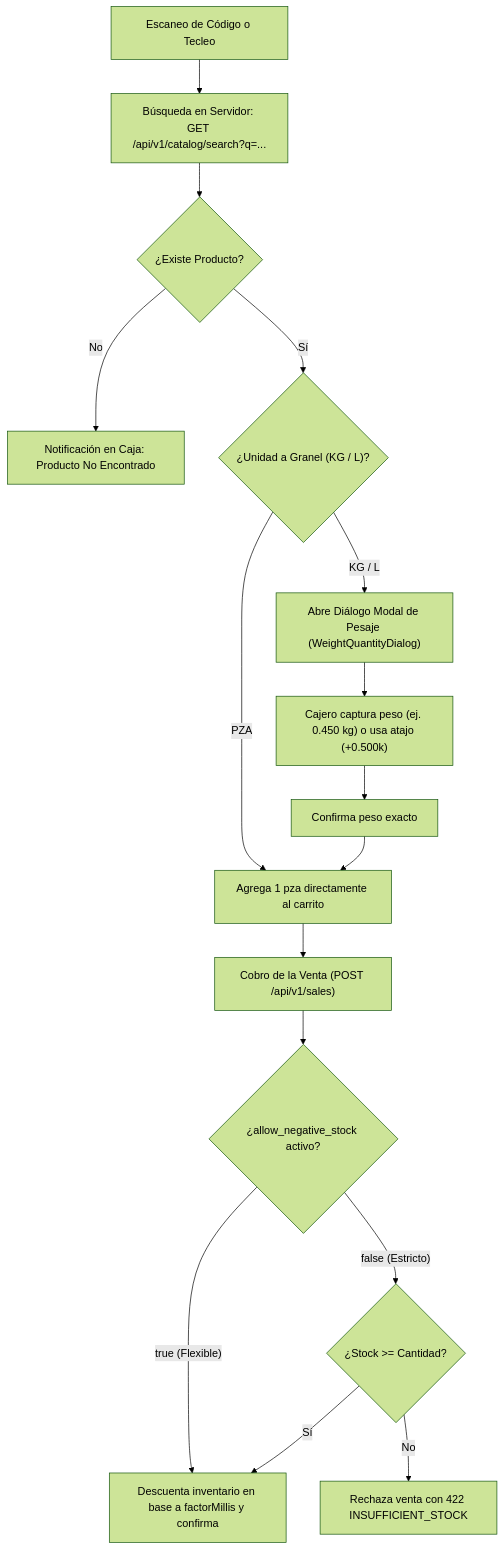
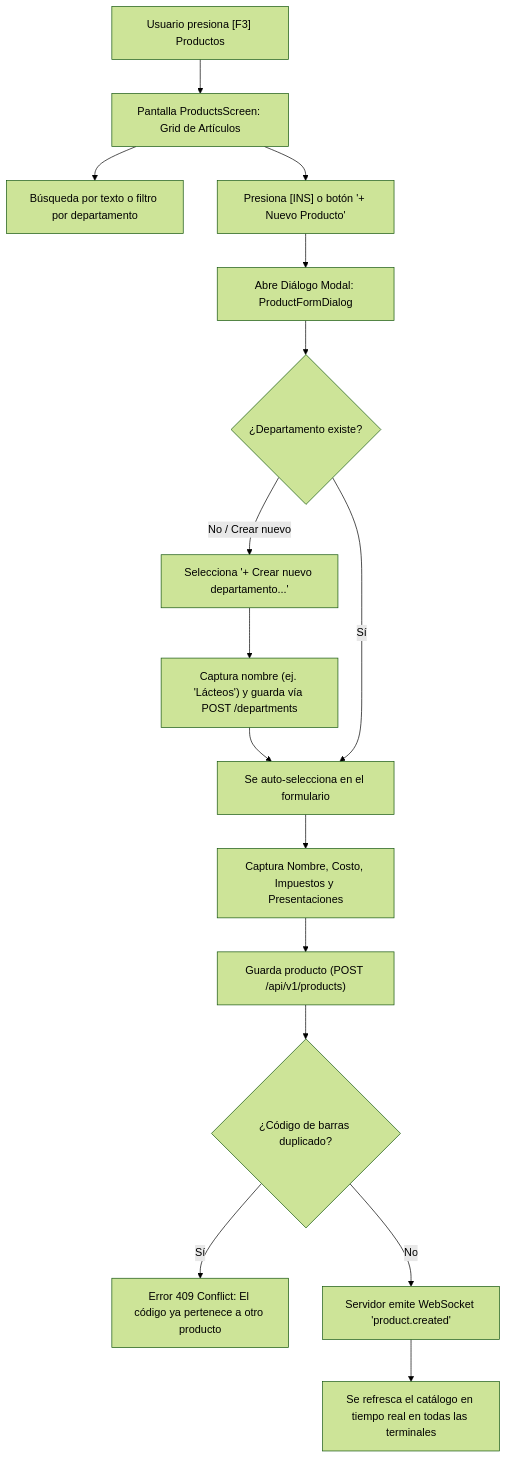
Before and after one commit to EddChavez/NexusPOS: the diagram in docs/features/catalog-inventory.md, drawn with Mermaid (forest theme). The commit also changed other lines of this file and 3 other files, not shown here.

Commit message:
docs: document products, departments, and inventory modules

````diff
--- a/docs/features/catalog-inventory.md
+++ b/docs/features/catalog-inventory.md
@@ -42,22 +45,21 @@
 ```mermaid
 flowchart TD
-    Scan["Escaneo de Código o Tecleo"] --> Search["Búsqueda en Servidor: GET /api/v1/catalog/search?q=..."]
-    Search --> Found{"¿Existe Producto?"}
-    Found -- No --> Err["Notificación en Caja: Producto No Encontrado"]
-    Found -- Sí --> UnitCheck{"¿Unidad a Granel (KG / L)?"}
+    Start["Usuario presiona [F3] Productos"] --> Screen["Pantalla ProductsScreen: Grid de Artículos"]
+    Screen --> Search["Búsqueda por texto o filtro por departamento"]
     
-    UnitCheck -- "PZA" --> AddCart["Agrega 1 pza directamente al carrito"]
-    UnitCheck -- "KG / L" --> ModalWeight["Abre Diálogo Modal de Pesaje (WeightQuantityDialog)"]
+    Screen --> ActionAdd["Presiona [INS] o botón '+ Nuevo Producto'"]
+    ActionAdd --> OpenForm["Abre Diálogo Modal: ProductFormDialog"]
     
-    ModalWeight --> InputWeight["Cajero captura peso (ej. 0.450 kg) o usa atajo (+0.500k)"]
-    InputWeight --> ConfirmWeight["Confirma peso exacto"]
-    ConfirmWeight --> AddCart
+    OpenForm --> CheckDept{"¿Departamento existe?"}
+    CheckDept -- "No / Crear nuevo" --> QuickDept["Selecciona '+ Crear nuevo departamento...'"]
+    QuickDept --> PromptName["Captura nombre (ej. 'Lácteos') y guarda vía POST /departments"]
+    PromptName --> SelectDept["Se auto-selecciona en el formulario"]
+    CheckDept -- "Sí" --> SelectDept
     
-    AddCart --> Checkout["Cobro de la Venta (POST /api/v1/sales)"]
-    Checkout --> StockPolicy{"¿allow_negative_stock activo?"}
-    
-    StockPolicy -- "true (Flexible)" --> Deduct["Descuenta inventario en base a factorMillis y confirma"]
-    StockPolicy -- "false (Estricto)" --> CheckStock{"¿Stock >= Cantidad?"}
-    CheckStock -- Sí --> Deduct
-    CheckStock -- No --> RejectStock["Rechaza venta con 422 INSUFFICIENT_STOCK"]
+    SelectDept --> FillProduct["Captura Nombre, Costo, Impuestos y Presentaciones"]
+    FillProduct --> SaveProd["Guarda producto (POST /api/v1/products)"]
+    SaveProd --> Validate{"¿Código de barras duplicado?"}
+    Validate -- "Sí" --> ErrDup["Error 409 Conflict: El código ya pertenece a otro producto"]
+    Validate -- "No" --> Broadcast["Servidor emite WebSocket 'product.created'"]
+    Broadcast --> RefreshUI["Se refresca el catálogo en tiempo real en todas las terminales"]
 ```
````
